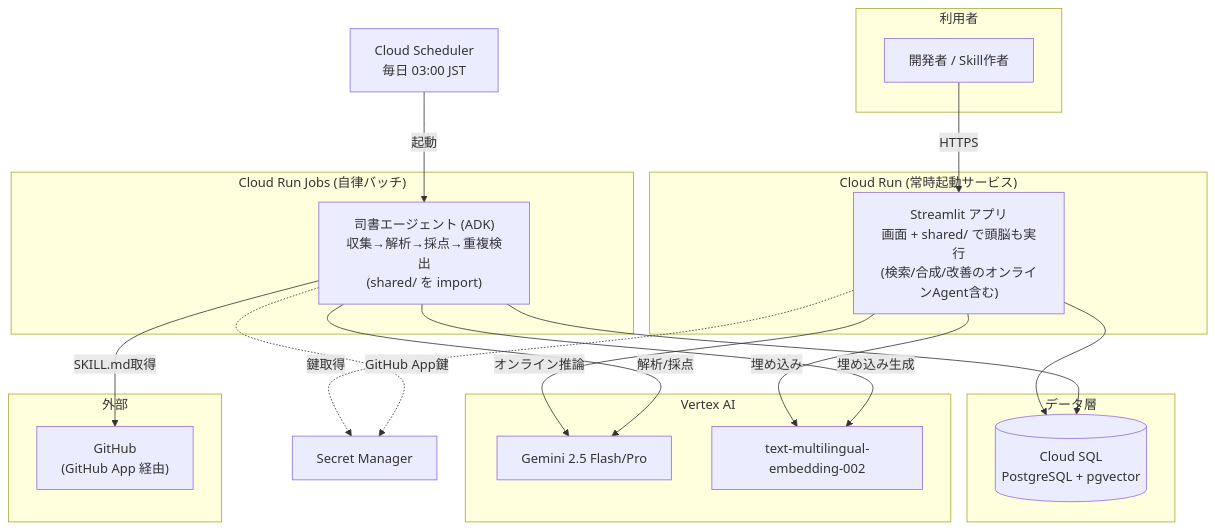
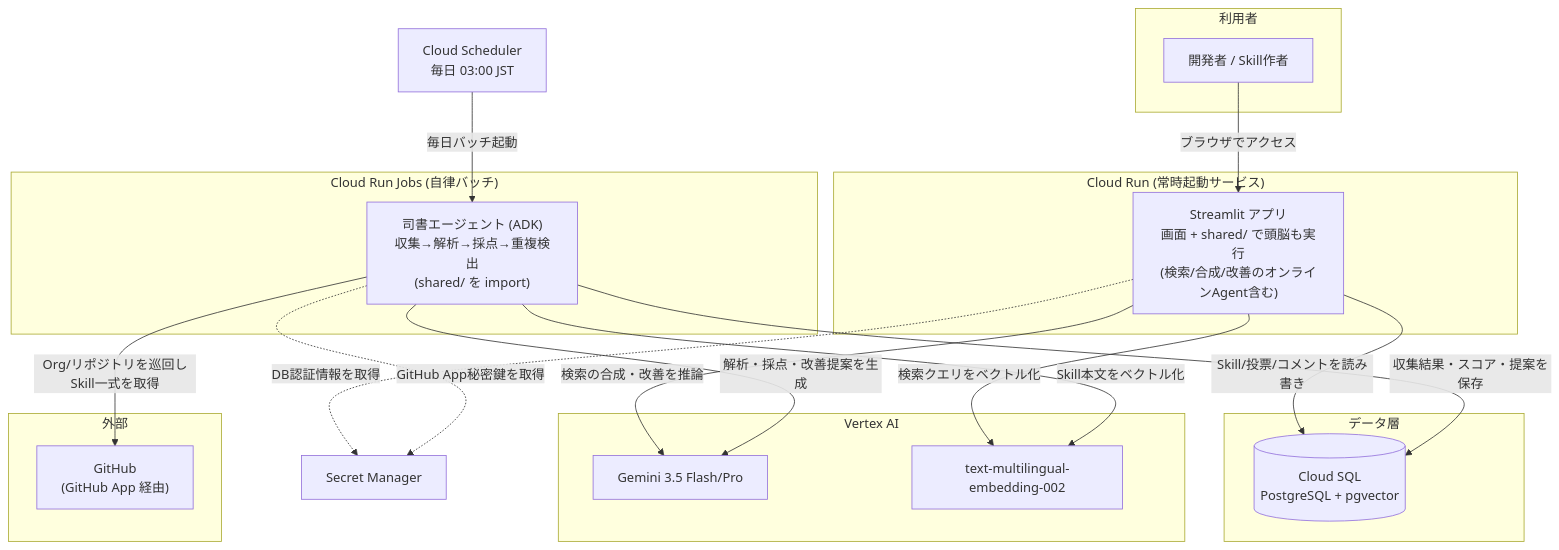
Before and after one commit to t-devops-hackathon-2026/SkillsHub: the fourth of 7 diagrams in DESIGN.md, drawn with Mermaid. The commit also changed other lines of this file and 4 other files, not shown here.

````diff
--- a/DESIGN.md
+++ b/DESIGN.md
@@ -28,45 +120,45 @@
 ```mermaid
 flowchart TB
     subgraph User["利用者"]
         Dev["開発者 / Skill作者"]
     end
 
     subgraph CR["Cloud Run (常時起動サービス)"]
         UI["Streamlit アプリ<br/>画面 + shared/ で頭脳も実行<br/>(検索/合成/改善のオンラインAgent含む)"]
     end
 
     subgraph Batch["Cloud Run Jobs (自律バッチ)"]
         Lib["司書エージェント (ADK)<br/>収集→解析→採点→重複検出<br/>(shared/ を import)"]
     end
 
     Sched["Cloud Scheduler<br/>毎日 03:00 JST"]
 
     subgraph Data["データ層"]
         PG[("Cloud SQL<br/>PostgreSQL + pgvector")]
     end
 
     subgraph GCP_AI["Vertex AI"]
-        Gem["Gemini 2.5 Flash/Pro"]
+        Gem["Gemini 3.5 Flash/Pro"]
         Emb["text-multilingual-embedding-002"]
     end
 
     subgraph Ext["外部"]
         GH["GitHub<br/>(GitHub App 経由)"]
     end
 
     SM["Secret Manager"]
 
-    Dev -->|HTTPS| UI
-    UI --> PG
-    UI -->|オンライン推論| Gem
-    UI -->|埋め込み| Emb
+    Dev -->|"ブラウザでアクセス"| UI
+    UI -->|"Skill/投票/コメントを読み書き"| PG
+    UI -->|"検索の合成・改善を推論"| Gem
+    UI -->|"検索クエリをベクトル化"| Emb
 
-    Sched -->|起動| Lib
-    Lib --> PG
-    Lib -->|SKILL.md取得| GH
-    Lib -->|解析/採点| Gem
-    Lib -->|埋め込み生成| Emb
+    Sched -->|"毎日バッチ起動"| Lib
+    Lib -->|"収集結果・スコア・提案を保存"| PG
+    Lib -->|"Org/リポジトリを巡回しSkill一式を取得"| GH
+    Lib -->|"解析・採点・改善提案を生成"| Gem
+    Lib -->|"Skill本文をベクトル化"| Emb
 
-    UI -.->|鍵取得| SM
-    Lib -.->|GitHub App鍵| SM
+    UI -.->|"DB認証情報を取得"| SM
+    Lib -.->|"GitHub App秘密鍵を取得"| SM
 ```
````
